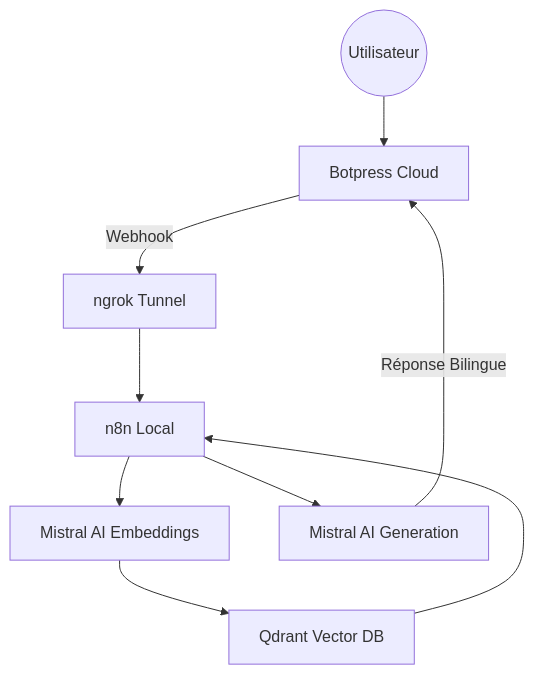
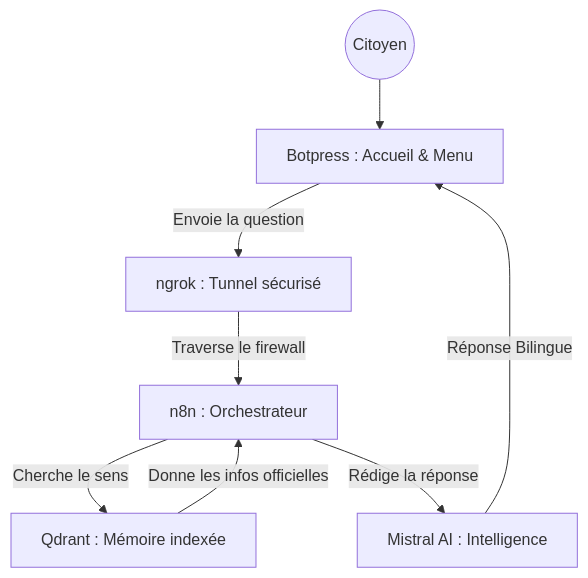
One commit to iamsamahaziz/wathiqa changed the diagram in README.md. Above: the diagram before and after it, drawn with Mermaid. The commit also changed other lines of this file, not shown here.

````diff
--- a/README.md
+++ b/README.md
@@ -13,11 +36,10 @@
 ```mermaid
 graph TD
-    User((Utilisateur)) --> BP[Botpress Cloud]
-    BP -- Webhook --> NG[ngrok Tunnel]
-    NG --> N8N[n8n Local]
-    N8N --> M1[Mistral AI Embeddings]
-    M1 --> QD[Qdrant Vector DB]
-    QD --> N8N
-    N8N --> M2[Mistral AI Generation]
-    M2 -- Réponse Bilingue --> BP
+    User((Citoyen)) --> BP[Botpress : Accueil & Menu]
+    BP -- "Envoie la question" --> NG[ngrok : Tunnel sécurisé]
+    NG -- "Traverse le firewall" --> N8N[n8n : Orchestrateur]
+    N8N -- "Cherche le sens" --> QD[Qdrant : Mémoire indexée]
+    QD -- "Donne les infos officielles" --> N8N
+    N8N -- "Rédige la réponse" --> M[Mistral AI : Intelligence]
+    M -- "Réponse Bilingue" --> BP
 ```
````
